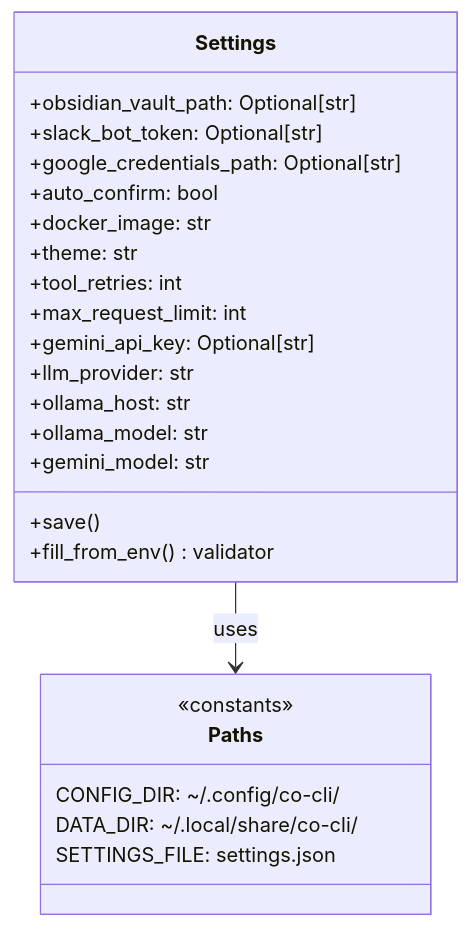
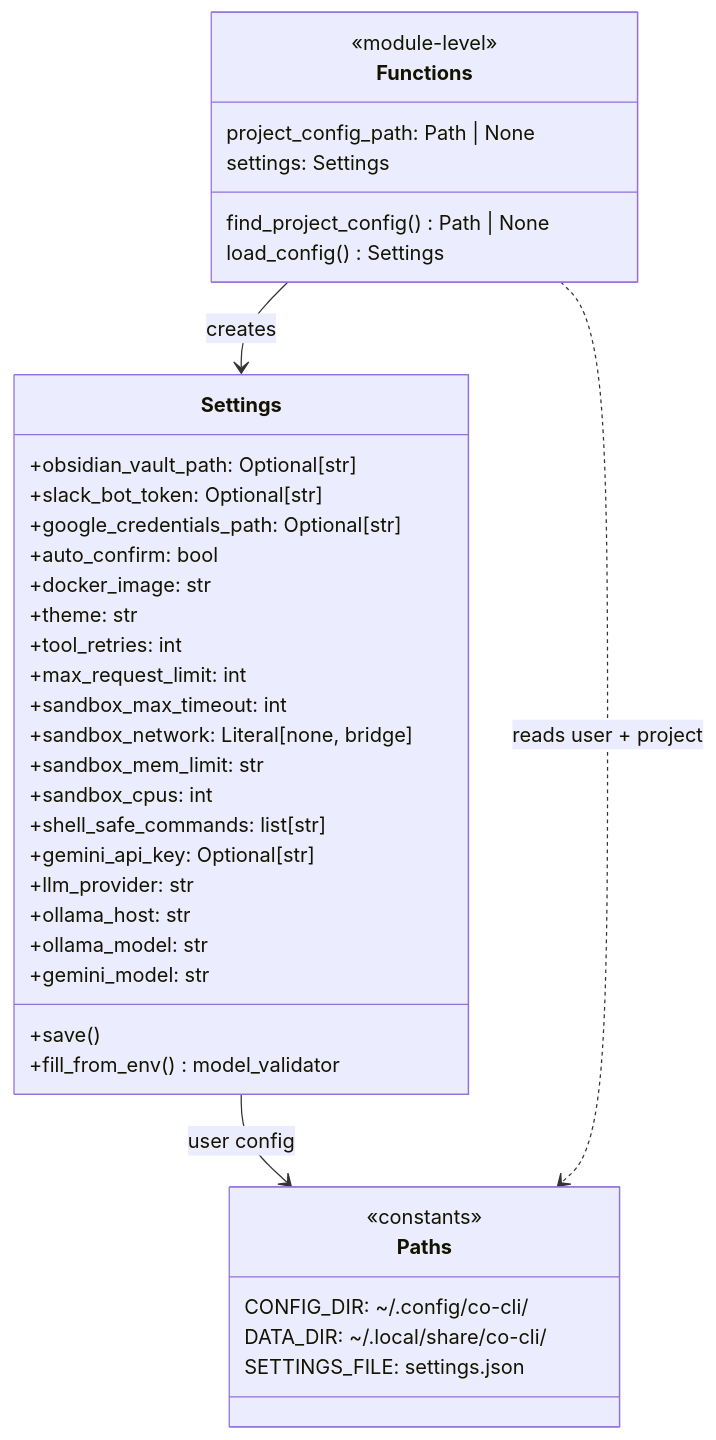
The sixth of 15 diagrams in docs/DESIGN-co-cli.md (binlecode/co-cli), drawn with Mermaid before and after one commit. The commit also changed other lines of this file and 8 other files, not shown here.

First line of the commit message:
Add project-level config (.co-cli/settings.json) with 4-layer precedence

````diff
--- a/docs/DESIGN-co-cli.md
+++ b/docs/DESIGN-co-cli.md
@@ -306,29 +306,44 @@
 ```mermaid
 classDiagram
     class Settings {
         +obsidian_vault_path: Optional[str]
         +slack_bot_token: Optional[str]
         +google_credentials_path: Optional[str]
         +auto_confirm: bool
         +docker_image: str
         +theme: str
         +tool_retries: int
         +max_request_limit: int
+        +sandbox_max_timeout: int
+        +sandbox_network: Literal[none, bridge]
+        +sandbox_mem_limit: str
+        +sandbox_cpus: int
+        +shell_safe_commands: list[str]
         +gemini_api_key: Optional[str]
         +llm_provider: str
         +ollama_host: str
         +ollama_model: str
         +gemini_model: str
         +save()
-        +fill_from_env() validator
+        +fill_from_env() model_validator
     }
 
     class Paths {
         <<constants>>
         CONFIG_DIR: ~/.config/co-cli/
         DATA_DIR: ~/.local/share/co-cli/
         SETTINGS_FILE: settings.json
     }
 
-    Settings --> Paths : uses
+    class Functions {
+        <<module-level>>
+        find_project_config() Path | None
+        load_config() Settings
+        project_config_path: Path | None
+        settings: Settings
+    }
+
+    Settings --> Paths : user config
+    Functions --> Settings : creates
+    Functions ..> Paths : reads user + project
 ```
````
